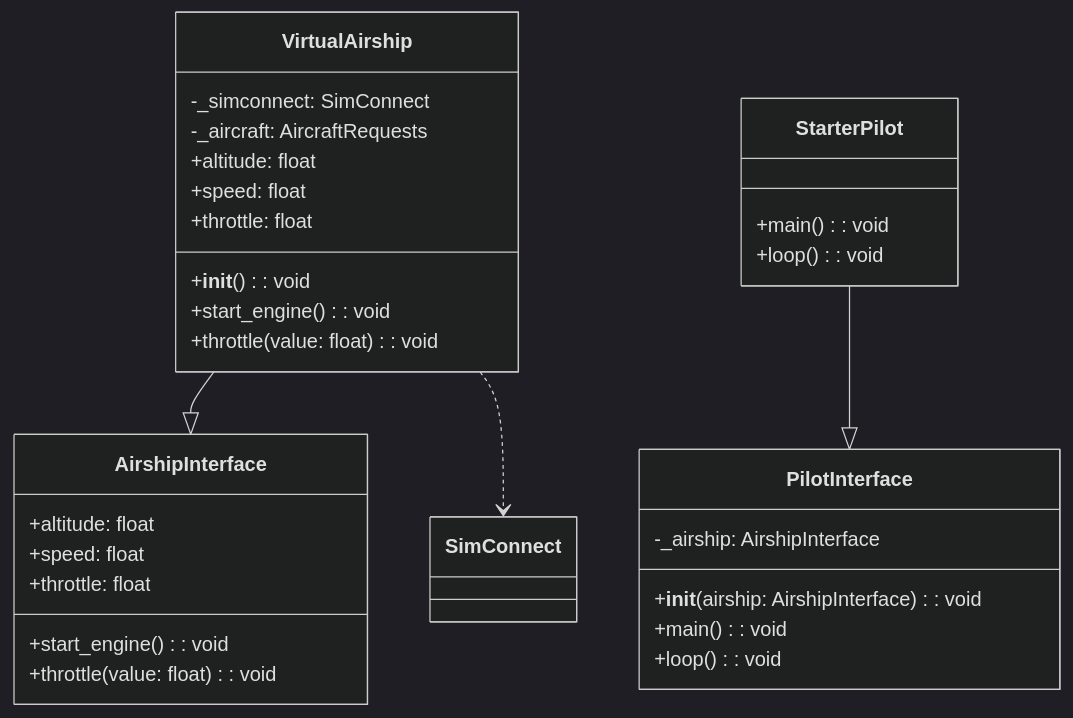
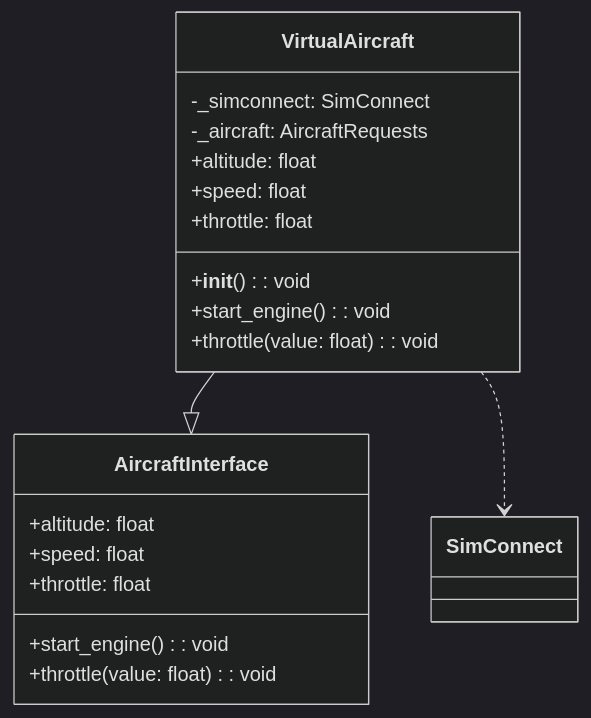
The diagram in docs/class_diagram.md (amaelrochat/MA-Metier_auto-pilot), drawn with Mermaid (dark theme) before and after one commit.

Commit message:
refactor: rename AirshipInterface and VirtualAirship to AircraftInterface and VirtualAircraft in class diagram

````diff
--- a/docs/class_diagram.md
+++ b/docs/class_diagram.md
@@ -1,38 +1,25 @@
 ```mermaid
 classDiagram
-    class AirshipInterface {
+    class AircraftInterface {
         +altitude: float
         +speed: float
         +start_engine(): void
         +throttle: float
         +throttle(value: float): void
     }
 
-    class VirtualAirship {
+    class VirtualAircraft {
         -_simconnect: SimConnect
         -_aircraft: AircraftRequests
         +__init__(): void
         +altitude: float
         +speed: float
         +start_engine(): void
         +throttle: float
         +throttle(value: float): void
     }
 
-    class PilotInterface {
-        -_airship: AirshipInterface
-        +__init__(airship: AirshipInterface): void
-        +main(): void
-        +loop(): void
-    }
+    VirtualAircraft --|> AircraftInterface
 
-    class StarterPilot {
-        +main(): void
-        +loop(): void
-    }
-
-    StarterPilot --|> PilotInterface
-    VirtualAirship --|> AirshipInterface
-
-    VirtualAirship ..> SimConnect
+    VirtualAircraft ..> SimConnect
 ```
````
